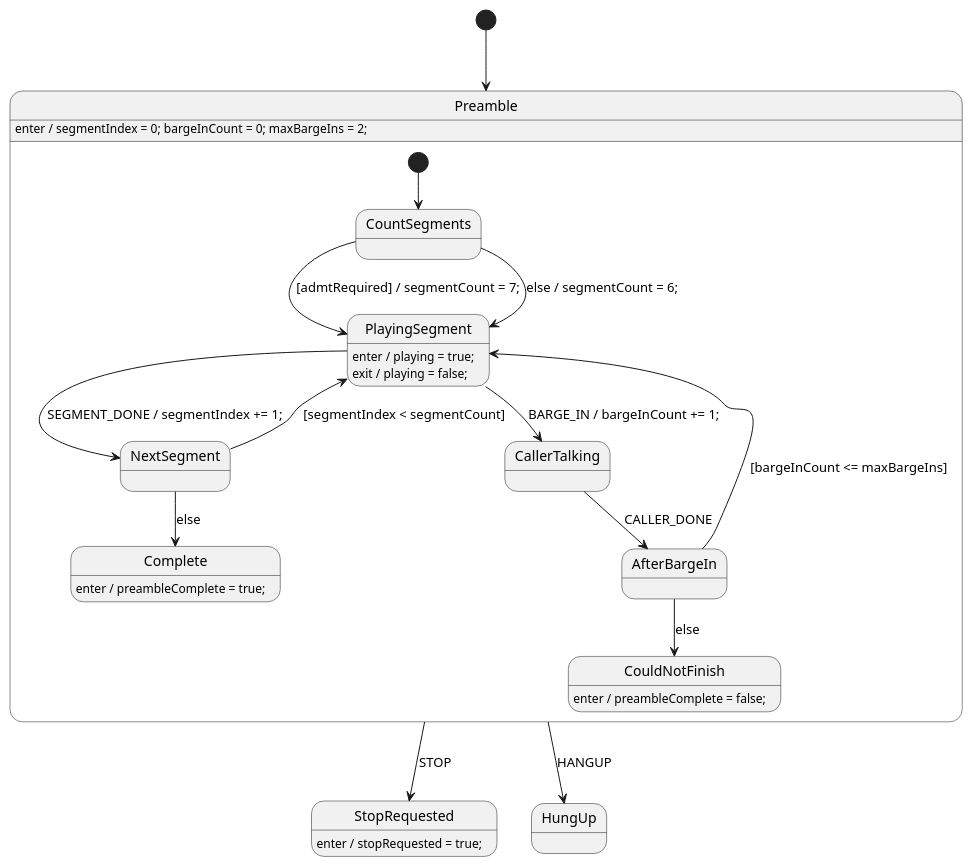
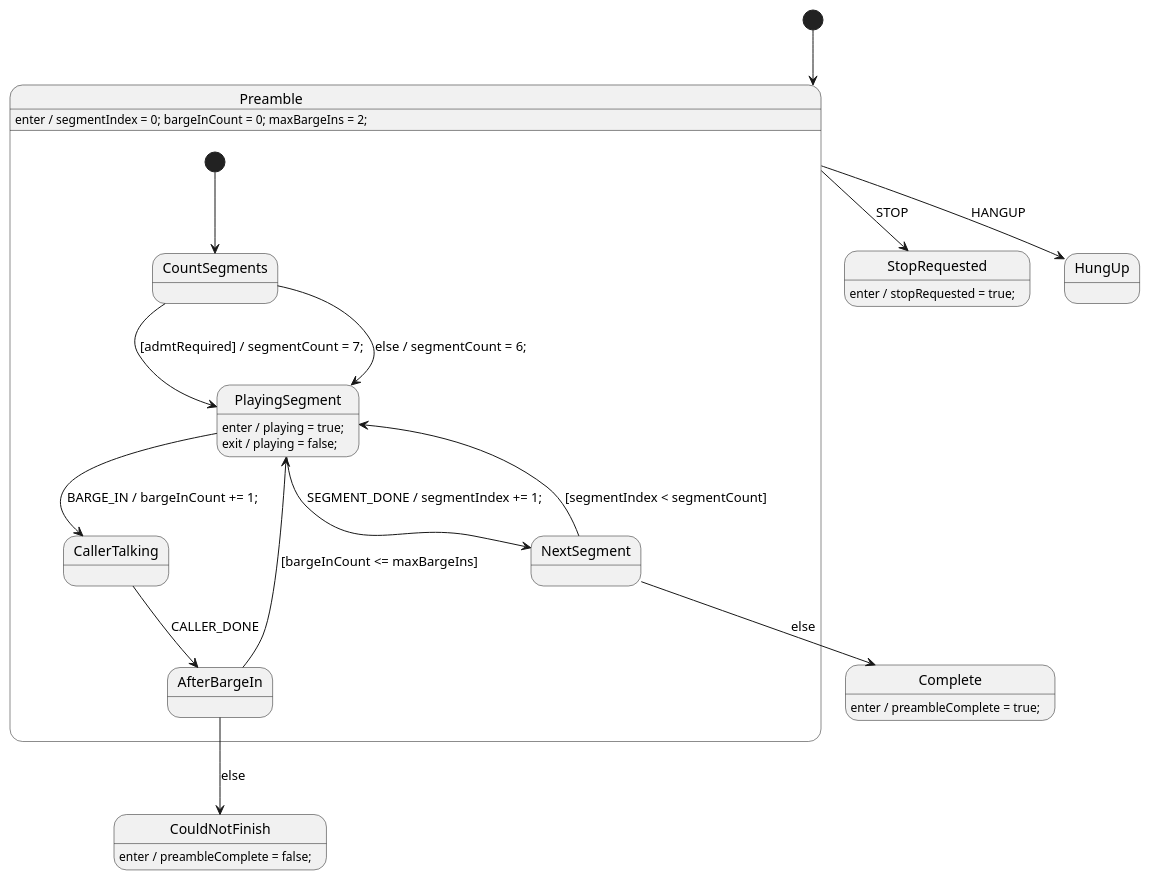
Before and after one commit to IAFahim/ess: the diagram in needle/DisclosuresPlayingSm.puml, drawn with PlantUML. The commit also changed other lines of this file, not shown here.

First line of the commit message:
needle: keep Complete and CouldNotFinish outside the opening

```diff
--- a/needle/DisclosuresPlayingSm.puml
+++ b/needle/DisclosuresPlayingSm.puml
@@ -1,66 +1,66 @@
 @startuml DisclosuresPlayingSm
 
 [*] --> Preamble
+
+state Complete
+state CouldNotFinish
+state StopRequested
+state HungUp
 
 state Preamble {
     [*] --> CountSegments
 
     state CountSegments <<choice>>
     CountSegments --> PlayingSegment : [admtRequired] / segmentCount = 7;
     CountSegments --> PlayingSegment : else / segmentCount = 6;
 
     state PlayingSegment
     PlayingSegment : enter / playing = true;
     PlayingSegment : exit / playing = false;
     PlayingSegment --> NextSegment : SEGMENT_DONE / segmentIndex += 1;
     PlayingSegment --> CallerTalking : BARGE_IN / bargeInCount += 1;
 
     state NextSegment <<choice>>
     NextSegment --> PlayingSegment : [segmentIndex < segmentCount]
     NextSegment --> Complete : else
 
     state CallerTalking
     CallerTalking --> AfterBargeIn : CALLER_DONE
 
     state AfterBargeIn <<choice>>
     AfterBargeIn --> PlayingSegment : [bargeInCount <= maxBargeIns]
     AfterBargeIn --> CouldNotFinish : else
 }
 Preamble : enter / segmentIndex = 0; bargeInCount = 0; maxBargeIns = 2;
 Preamble --> StopRequested : STOP
 Preamble --> HungUp : HANGUP
 
-state Complete
 Complete : enter / preambleComplete = true;
 
-state StopRequested
 StopRequested : enter / stopRequested = true;
 
-state CouldNotFinish
 CouldNotFinish : enter / preambleComplete = false;
-
-state HungUp
 
 /'! $CONFIG : toml
 [RenderConfig]
 AutoExpandedVars = """
     public bool admtRequired;
     public int segmentCount;
     public int segmentIndex;
     public int bargeInCount;
     public int maxBargeIns;
     public bool playing;
     public bool preambleComplete;
     public bool stopRequested;
     """
 [RenderConfig.CSharp]
 NameSpace = "Machines"
 [SmRunnerSettings]
 transpilerId = "CSharp"
 [SmRunnerSettings.smDesignDescriber]
 enabled = true
 [SmRunnerSettings.smDesignDescriber.outputSections]
 beforeTransformations = false
 afterTransformations = true
 '/
 @enduml
```
